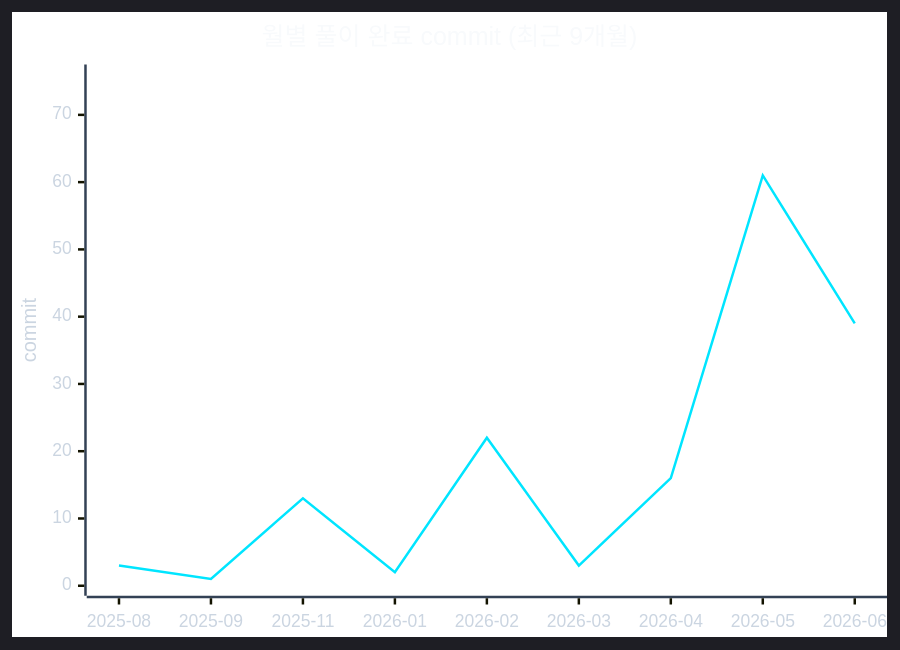
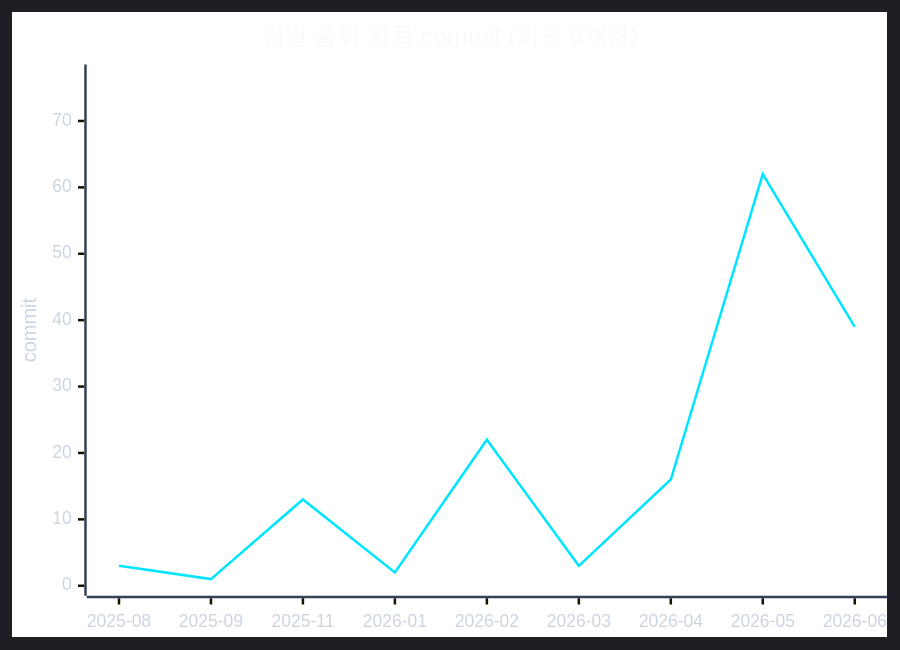
One commit to CHOOSLA/Algorithm changed the second of 2 diagrams in readme.md. Above: the diagram before and after it, drawn with Mermaid. The commit also changed other lines of this file and 2 other files, not shown here.

````diff
--- a/readme.md
+++ b/readme.md
@@ -71,22 +71,22 @@
 ```mermaid
 ---
 config:
   theme: dark
   themeVariables:
     background: '#0d1117'
     xyChart:
       titleColor: '#f8fafc'
       xAxisLabelColor: '#cbd5e1'
       xAxisTitleColor: '#cbd5e1'
       xAxisLineColor: '#334155'
       yAxisLabelColor: '#cbd5e1'
       yAxisTitleColor: '#cbd5e1'
       yAxisLineColor: '#334155'
       plotColorPalette: '#00e5ff'
 ---
 xychart-beta
   title "월별 풀이 완료 commit (최근 9개월)"
   x-axis ["2025-08", "2025-09", "2025-11", "2026-01", "2026-02", "2026-03", "2026-04", "2026-05", "2026-06"]
-  y-axis "commit" 0 --> 76
-  line [3, 1, 13, 2, 22, 3, 16, 61, 39]
+  y-axis "commit" 0 --> 77
+  line [3, 1, 13, 2, 22, 3, 16, 62, 39]
 ```
````
